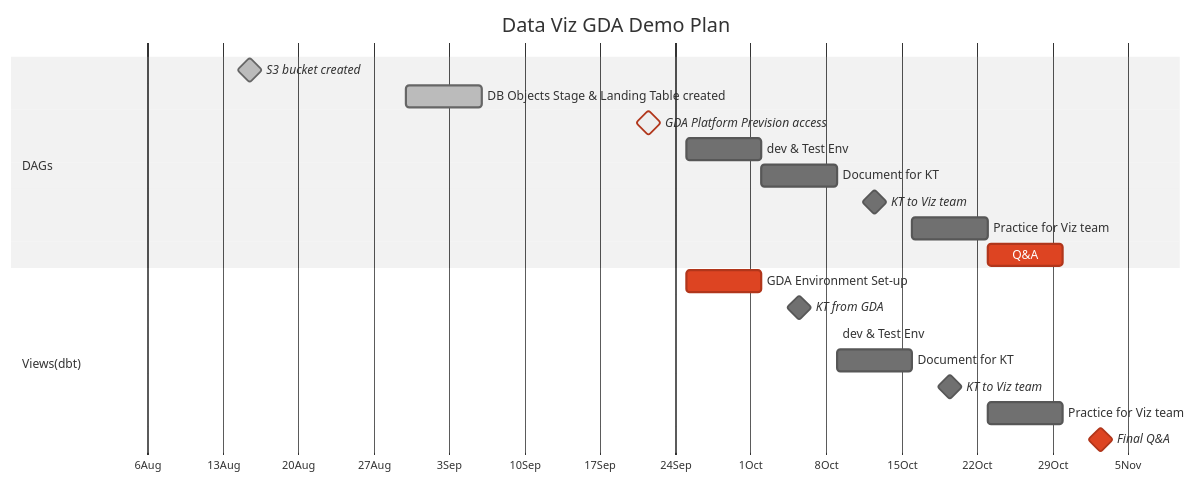
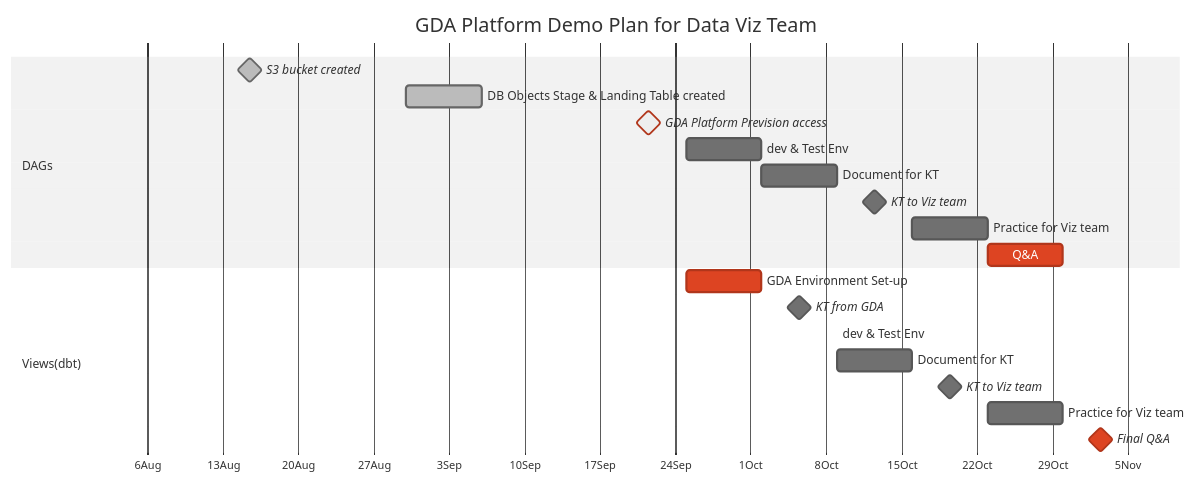
The diagram in Plan.md (Jamesxuxiao/plan), drawn with Mermaid (neutral theme) before and after one commit.

````diff
--- a/Plan.md
+++ b/Plan.md
@@ -6,35 +6,35 @@
 ```mermaid
 gantt
     dateFormat  YYYY-MM-DD
-    title       Data Viz GDA Demo Plan
+    title       GDA Platform Demo Plan for Data Viz Team
     axisFormat %e%b
     todayMarker on
     %%excludes    weekends
     tickInterval 1week
     %% (`excludes` accepts specific dates in YYYY-MM-DD format, days of the week ("sunday") or "weekends", but not the word "weekdays".)
 
 
     section A ridiculously <br> long section <br> name
 
     section DAGs
     S3 bucket created: milestone, done, des09, 2023-08-01, 2023-08-30
     DB Objects Stage & Landing Table created      : done, desc10, after des09,1w
     GDA Platform Prevision access    : milestone,active,crit,   des11, after des10, 1w
     dev & Test Env              :    des12, after des11, 1w
     Document for KT             :    des13, after des12, 1w
     KT to Viz team              :    milestone,des14, after des13, 1w
     Practice for Viz team       :    des15, after des14, 1w
     Q&A                         :    crit, des16, after des15, 1w
 
     section Views(dbt)
     GDA Environment Set-up                  :    crit, des41, after des11, 1w
     KT from GDA                 :    milestone, des42, after des41, 1w
     dev & Test Env              :    des43, after des42,des13 1w
     Document for KT             :    des44, after des43, 1w
     KT to Viz team              :    milestone,des45, after des44, 1w
     Practice for Viz team       :    des46, after des45, 1w
     Final Q&A                         :    milestone,crit, des47, after des46, 1w
 
 
 
 ```
````
